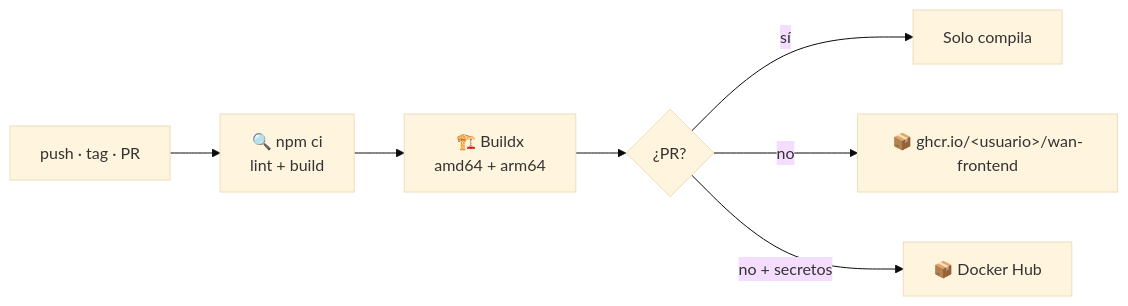
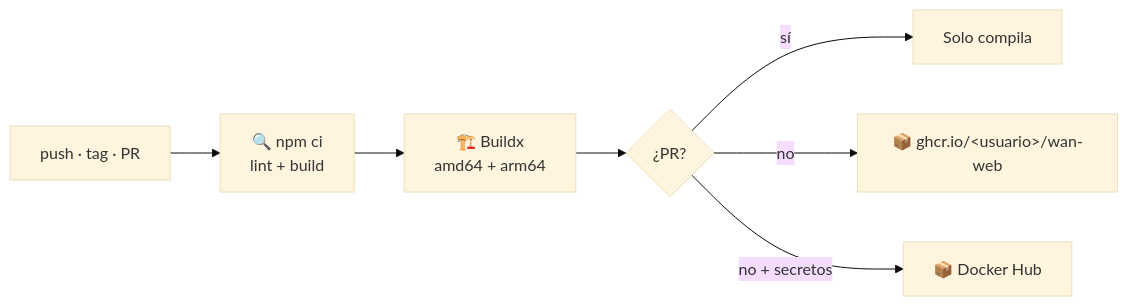
The second of 2 diagrams in docs/despliegue.md (stevengazo/Wan-Web), drawn with Mermaid (base theme) before and after one commit. The commit also changed other lines of this file and 2 other files, not shown here.

Commit message:
CI: la imagen del panel se publica como wan-web

````diff
--- a/docs/despliegue.md
+++ b/docs/despliegue.md
@@ -38,9 +38,9 @@
 ```mermaid
 flowchart LR
     E["push · tag · PR"] --> L["🔍 npm ci<br/>lint + build"]
     L --> X["🏗️ Buildx<br/>amd64 + arm64"]
     X --> Q{"¿PR?"}
     Q -- "sí" --> N["Solo compila"]
-    Q -- "no" --> G["📦 ghcr.io/&lt;usuario&gt;/wan-frontend"]
+    Q -- "no" --> G["📦 ghcr.io/&lt;usuario&gt;/wan-web"]
     Q -- "no + secretos" --> H["📦 Docker Hub"]
 ```
````
